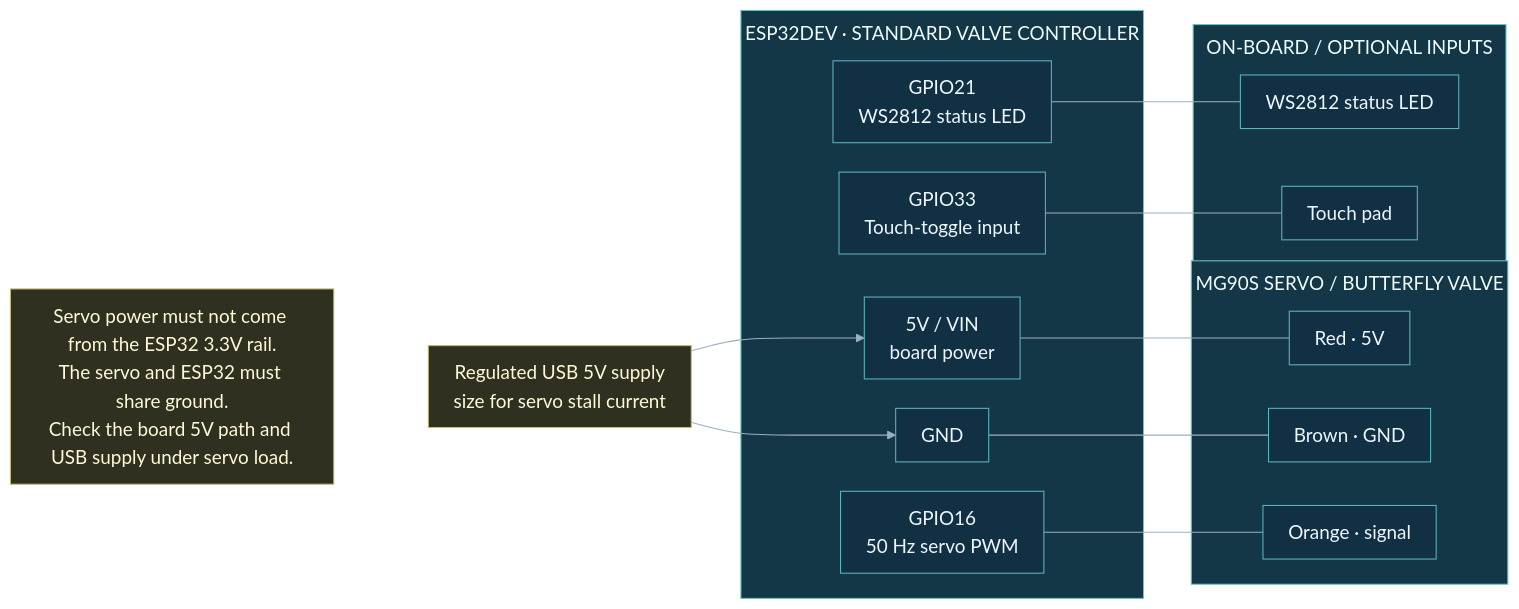
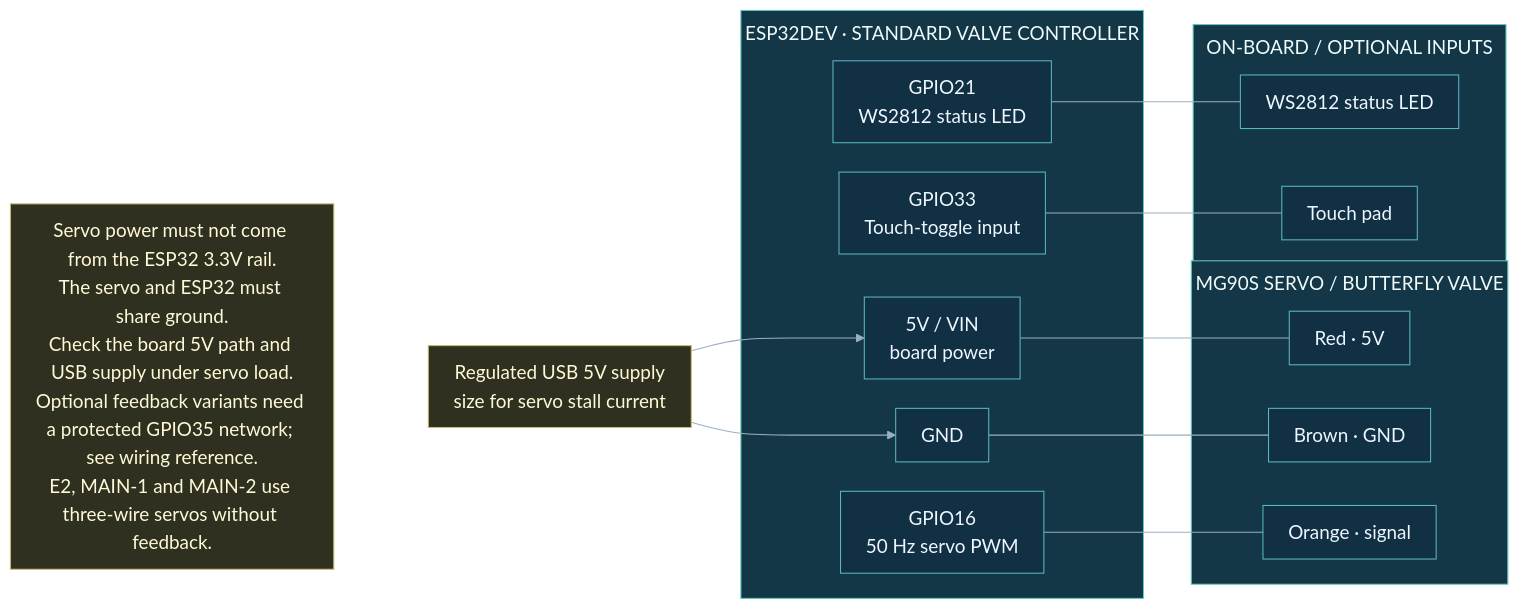
The diagram in main/docs/diagrams/ventsys/esp32-standard-valve-controller-wiring.mermaid (Nysplaidame/home-automation-project), drawn with Mermaid before and after one commit. The commit also changed 99 other files, not shown here.

```diff
--- a/main/docs/diagrams/ventsys/esp32-standard-valve-controller-wiring.mermaid
+++ b/main/docs/diagrams/ventsys/esp32-standard-valve-controller-wiring.mermaid
@@ -1,34 +1,34 @@
 %%{init: {"theme":"base","fontFamily":"Segoe UI, sans-serif","themeVariables":{"primaryColor":"#123044","primaryTextColor":"#eef6ff","primaryBorderColor":"#58b7bf","lineColor":"#9aafc4","clusterBkg":"#0d1c2d","clusterBorder":"#38516b","tertiaryColor":"#0d1c2d","edgeLabelBackground":"#0b1929","fontSize":"18px"},"flowchart":{"curve":"basis","nodeSpacing":28,"rankSpacing":90,"padding":12,"subGraphTitleMargin":{"top":8,"bottom":16},"wrappingWidth":260,"useMaxWidth":false}}}%%
 flowchart LR
     %% Applies to main, branch and enclosure valve controllers; source of truth: active ESPHome valve YAML files.
     %% Layout: power (left) --> ESP pins --- peripheral pins (right).
     PSU["Regulated USB 5V supply<br/>size for servo stall current"]
     subgraph ESP["ESP32DEV · STANDARD VALVE CONTROLLER"]
         ESPVin["5V / VIN<br/>board power"]
         ESPGnd["GND"]
         ServoPin["GPIO16<br/>50 Hz servo PWM"]
         LedPin["GPIO21<br/>WS2812 status LED"]
         TouchPin["GPIO33<br/>Touch-toggle input"]
     end
     subgraph Servo["MG90S SERVO / BUTTERFLY VALVE"]
         ServoV["Red · 5V"]
         ServoGnd["Brown · GND"]
         ServoSignal["Orange · signal"]
     end
     subgraph Aux["ON-BOARD / OPTIONAL INPUTS"]
         Led["WS2812 status LED"]
         Touch["Touch pad"]
     end
-    Note["Servo power must not come from the ESP32 3.3V rail.<br/>The servo and ESP32 must share ground.<br/>Check the board 5V path and USB supply under servo load."]
+    Note["Servo power must not come from the ESP32 3.3V rail.<br/>The servo and ESP32 must share ground.<br/>Check the board 5V path and USB supply under servo load.<br/>Optional feedback variants need a protected GPIO35 network; see wiring reference.<br/>E2, MAIN-1 and MAIN-2 use three-wire servos without feedback."]
     PSU --> ESPVin
     PSU --> ESPGnd
     ESPVin --- ServoV
     ESPGnd --- ServoGnd
     ServoPin --- ServoSignal
     LedPin --- Led
     TouchPin --- Touch
     Note ~~~ PSU
     class ESP,Servo,Aux core
     class PSU,Note policy
     classDef core fill:#143747,stroke:#63c9bd,color:#eefbfa
     classDef policy fill:#2f301f,stroke:#c7bc77,color:#fff9d8
```
